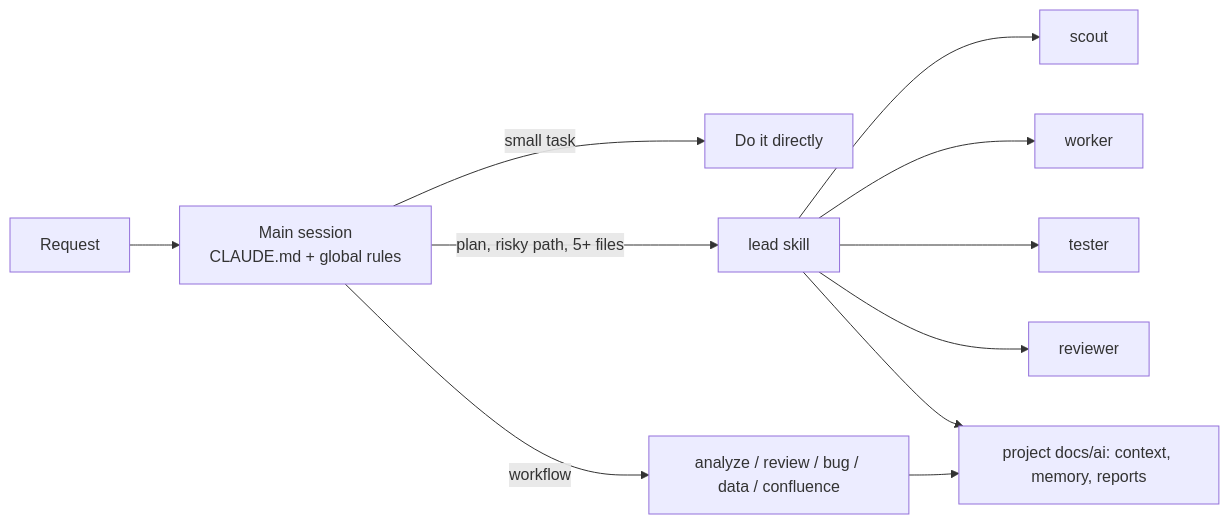
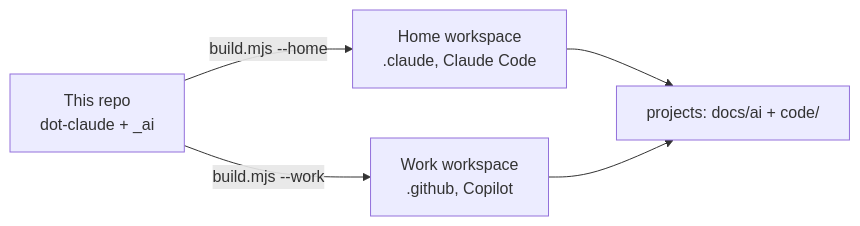
The diagram in README.md (GociuRadu/AI-Setup), drawn with Mermaid before and after one commit. The commit also changed other lines of this file and 184 other files, not shown here.

First line of the commit message:
Rebuild the AI setup: one source for home (Claude Code) and work (Copilot)

````diff
--- a/README.md
+++ b/README.md
@@ -12,9 +11,6 @@
 ```mermaid
 flowchart LR
-  U[Request] --> M[Main session<br/>CLAUDE.md + global rules]
-  M -->|small task| D[Do it directly]
-  M -->|plan, risky path, 5+ files| L[lead skill]
-  M -->|workflow| S[analyze / review / bug / data / confluence]
-  L --> SC[scout] & W[worker] & T[tester] & R[reviewer]
-  S & L --> P[project docs/ai: context, memory, reports]
+  S[This repo<br/>dot-claude + _ai] -->|build.mjs --home| H[Home workspace<br/>.claude, Claude Code]
+  S -->|build.mjs --work| W[Work workspace<br/>.github, Copilot]
+  H & W --> P[projects: docs/ai + code/]
 ```
````
